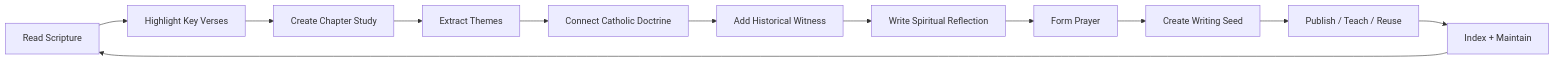
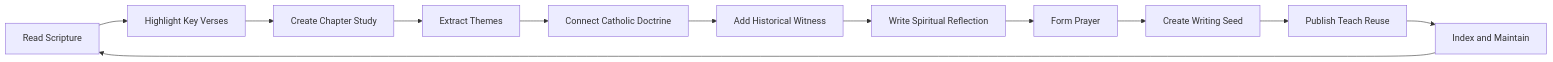
The first of 3 diagrams in README.md (gah-code/obsidian-sacred-study-system), drawn with Mermaid before and after one commit.

````diff
--- a/README.md
+++ b/README.md
@@ -271,15 +271,14 @@
 ```mermaid
 flowchart LR
-
-A["Read Scripture"] --> B["Highlight Key Verses"]
-B --> C["Create Chapter Study"]
-C --> D["Extract Themes"]
-D --> E["Connect Catholic Doctrine"]
-E --> F["Add Historical Witness"]
-F --> G["Write Spiritual Reflection"]
-G --> H["Form Prayer"]
-H --> I["Create Writing Seed"]
-I --> J["Publish / Teach / Reuse"]
-J --> K["Index + Maintain"]
-K --> A
+  A[Read Scripture] --> B[Highlight Key Verses]
+  B --> C[Create Chapter Study]
+  C --> D[Extract Themes]
+  D --> E[Connect Catholic Doctrine]
+  E --> F[Add Historical Witness]
+  F --> G[Write Spiritual Reflection]
+  G --> H[Form Prayer]
+  H --> I[Create Writing Seed]
+  I --> J[Publish Teach Reuse]
+  J --> K[Index and Maintain]
+  K --> A
 ```
````
